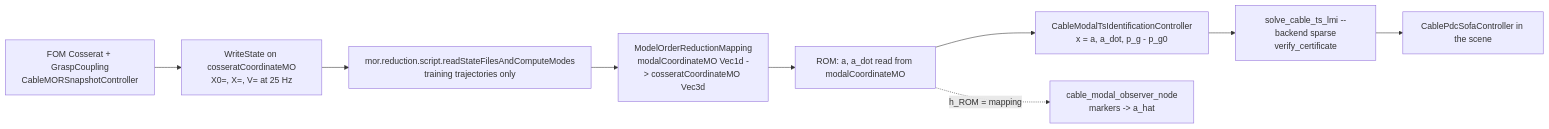
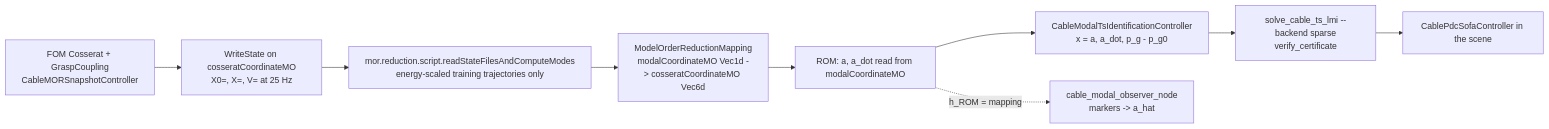
The diagram in docs/sofa_mor_pipeline.md (Bouchrikator/ur5e_ts_ibvs_ros2), drawn with Mermaid before and after one commit. The commit also changed other lines of this file and 116 other files, not shown here.

First line of the commit message:
Make the cable model planar-extensible with a consistent Cosserat Jacobian and rebuild the strain POD on it

````diff
--- a/docs/sofa_mor_pipeline.md
+++ b/docs/sofa_mor_pipeline.md
@@ -21,11 +24,11 @@
 ```mermaid
 flowchart LR
   A[FOM Cosserat + GraspCoupling<br/>CableMORSnapshotController] --> B[WriteState on cosseratCoordinateMO<br/>X0=, X=, V= at 25 Hz]
-  B --> C[mor.reduction.script.readStateFilesAndComputeModes<br/>training trajectories only]
-  C --> D[ModelOrderReductionMapping<br/>modalCoordinateMO Vec1d -> cosseratCoordinateMO Vec3d]
+  B --> C[mor.reduction.script.readStateFilesAndComputeModes<br/>energy-scaled training trajectories only]
+  C --> D[ModelOrderReductionMapping<br/>modalCoordinateMO Vec1d -> cosseratCoordinateMO Vec6d]
   D --> E[ROM: a, a_dot read from modalCoordinateMO]
   E --> F[CableModalTsIdentificationController<br/>x = a, a_dot, p_g - p_g0]
   F --> G[solve_cable_ts_lmi --backend sparse<br/>verify_certificate]
   G --> H[CablePdcSofaController in the scene]
   E -. h_ROM = mapping .-> I[cable_modal_observer_node<br/>markers -> a_hat]
 ```
````
